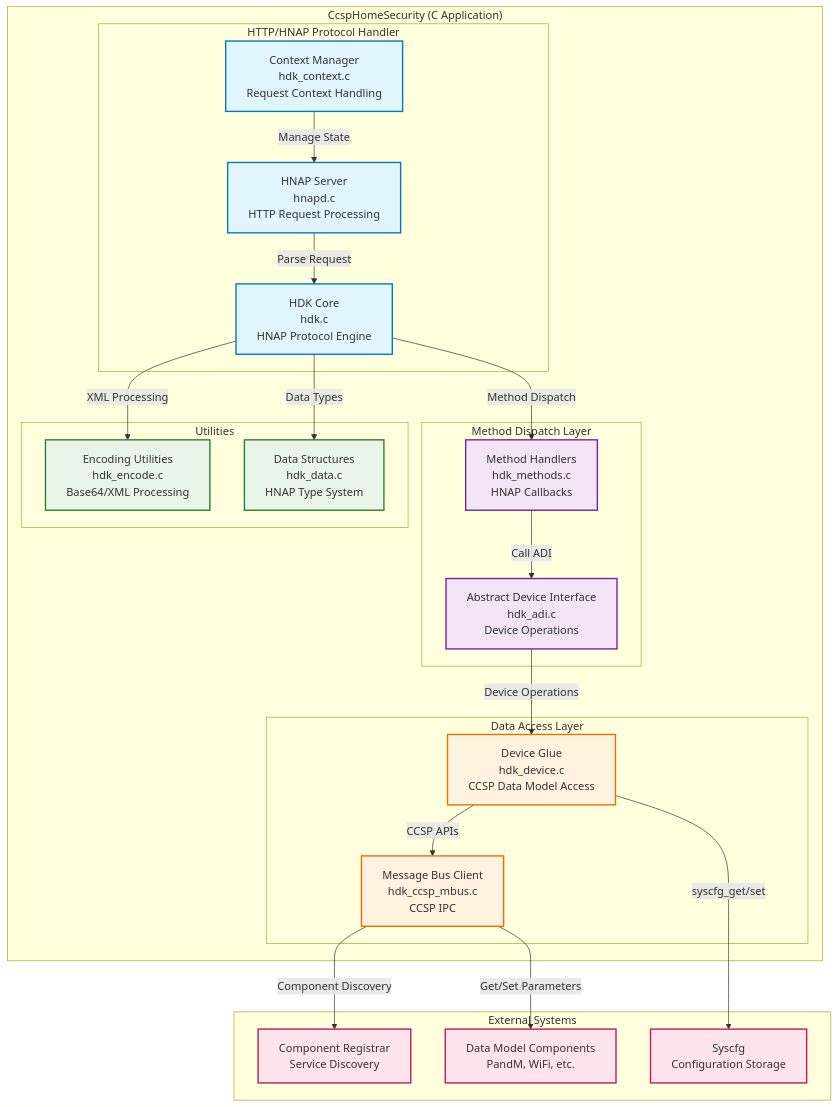
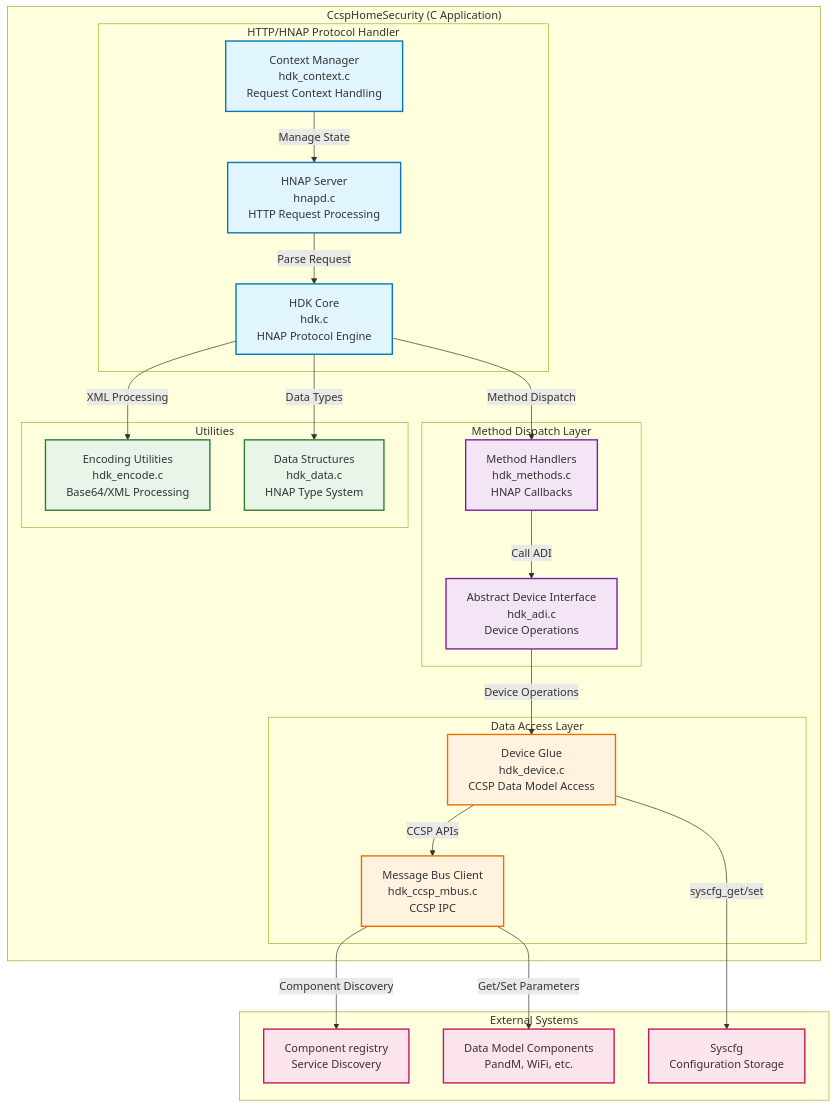
The second of 7 diagrams in docs/docu/dec17/home-security-documentation-feb27.md (rns21/RDK_Documentation), drawn with Mermaid before and after one commit. The commit also changed other lines of this file, not shown here.

````diff
--- a/docs/docu/dec17/home-security-documentation-feb27.md
+++ b/docs/docu/dec17/home-security-documentation-feb27.md
@@ -60,56 +60,56 @@
 ```mermaid
 graph TD
     subgraph ExternalSystems ["External Systems"]
-        CCR[Component Registrar<br/>Service Discovery]
+        CCR[Component registry<br/>Service Discovery]
         DMComponents[Data Model Components<br/>PandM, WiFi, etc.]
         Syscfg[Syscfg<br/>Configuration Storage]
     end
 
     subgraph CcspHomeSecurity ["CcspHomeSecurity (C Application)"]
         subgraph HTTPServer ["HTTP/HNAP Protocol Handler"]
             HNAPServer[HNAP Server<br/>hnapd.c<br/>HTTP Request Processing]
             HDKCore[HDK Core<br/>hdk.c<br/>HNAP Protocol Engine]
             HDKContext[Context Manager<br/>hdk_context.c<br/>Request Context Handling]
         end
 
         subgraph MethodDispatch ["Method Dispatch Layer"]
             HDKMethods[Method Handlers<br/>hdk_methods.c<br/>HNAP Callbacks]
             HDKADI[Abstract Device Interface<br/>hdk_adi.c<br/>Device Operations]
         end
 
         subgraph DataAccess ["Data Access Layer"]
             HDKDevice[Device Glue<br/>hdk_device.c<br/>CCSP Data Model Access]
             HDKMBus[Message Bus Client<br/>hdk_ccsp_mbus.c<br/>CCSP IPC]
         end
 
         subgraph Utilities ["Utilities"]
             HDKEncode[Encoding Utilities<br/>hdk_encode.c<br/>Base64/XML Processing]
             HDKData[Data Structures<br/>hdk_data.c<br/>HNAP Type System]
         end
 
         HNAPServer -->|Parse Request| HDKCore
         HDKCore -->|Method Dispatch| HDKMethods
         HDKMethods -->|Call ADI| HDKADI
         HDKADI -->|Device Operations| HDKDevice
         HDKDevice -->|CCSP APIs| HDKMBus
         HDKCore -->|XML Processing| HDKEncode
         HDKCore -->|Data Types| HDKData
         HDKContext -->|Manage State| HNAPServer
     end
 
     HDKMBus -->|Component Discovery| CCR
     HDKMBus -->|Get/Set Parameters| DMComponents
     HDKDevice -->|syscfg_get/set| Syscfg
 
     classDef server fill:#e1f5fe,stroke:#0277bd,stroke-width:2px
     classDef dispatch fill:#f3e5f5,stroke:#7b1fa2,stroke-width:2px
     classDef data fill:#fff3e0,stroke:#ef6c00,stroke-width:2px
     classDef util fill:#e8f5e8,stroke:#2e7d32,stroke-width:2px
     classDef external fill:#fce4ec,stroke:#c2185b,stroke-width:2px
     
     class HNAPServer,HDKCore,HDKContext server
     class HDKMethods,HDKADI dispatch
     class HDKDevice,HDKMBus data
     class HDKEncode,HDKData util
     class CCR,DMComponents,Syscfg external
 ```
````
